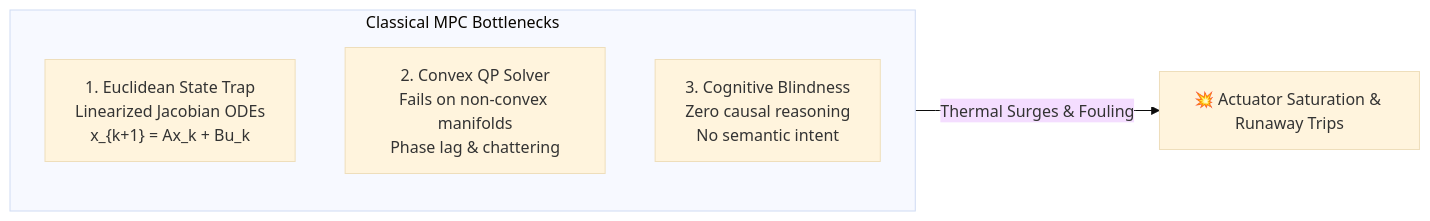
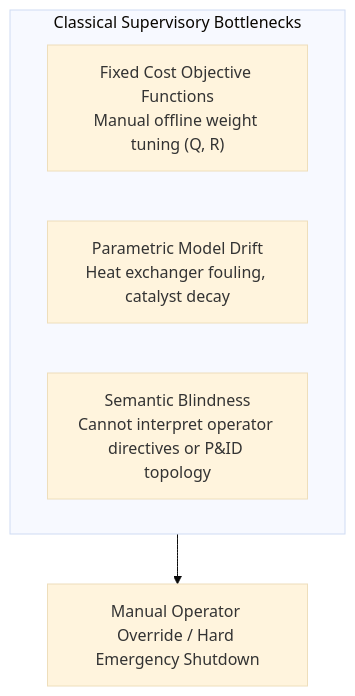
One commit to cosmosanalytics/uat-copilot-local changed the first of 2 diagrams in agentic_mpc_paper.md. Above: the diagram before and after it, drawn with Mermaid (base theme). The commit also changed other lines of this file and 5 other files, not shown here.

````diff
--- a/agentic_mpc_paper.md
+++ b/agentic_mpc_paper.md
@@ -22,9 +24,9 @@
 ```mermaid
-flowchart LR
-    subgraph Classical ["Classical MPC Bottlenecks"]
-        E1["1. Euclidean State Trap<br/>Linearized Jacobian ODEs<br/>x_{k+1} = Ax_k + Bu_k"]
-        E2["2. Convex QP Solver<br/>Fails on non-convex manifolds<br/>Phase lag & chattering"]
-        E3["3. Cognitive Blindness<br/>Zero causal reasoning<br/>No semantic intent"]
+flowchart TD
+    subgraph ClassicalLimits ["Classical Supervisory Bottlenecks"]
+        E1["Fixed Cost Objective Functions<br/>Manual offline weight tuning (Q, R)"]
+        E2["Parametric Model Drift<br/>Heat exchanger fouling, catalyst decay"]
+        E3["Semantic Blindness<br/>Cannot interpret operator directives or P&ID topology"]
     end
-    Classical -->|Thermal Surges & Fouling| Failure["💥 Actuator Saturation & Runaway Trips"]
+    ClassicalLimits --> Action["Manual Operator Override / Hard Emergency Shutdown"]
 ```
````
